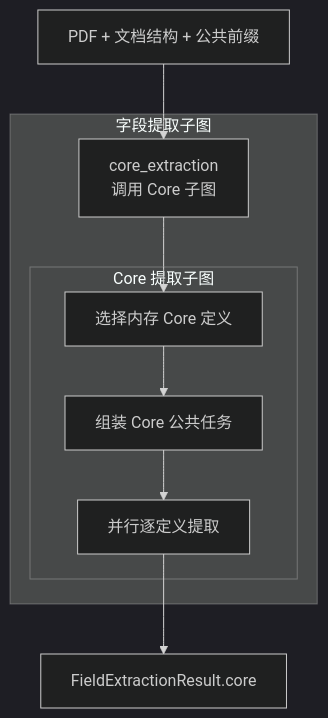
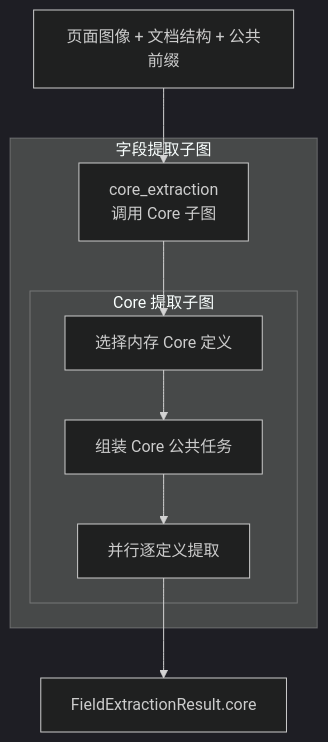
The diagram in description/architecture/workflow/contract-extraction/field-extraction.md (caicai-6666/contract-service-be), drawn with Mermaid (dark theme) before and after one commit. The commit also changed other lines of this file and 79 other files, not shown here.

````diff
--- a/description/architecture/workflow/contract-extraction/field-extraction.md
+++ b/description/architecture/workflow/contract-extraction/field-extraction.md
@@ -11,20 +11,20 @@
 ```mermaid
 flowchart TD
-    input["PDF + 文档结构 + 公共前缀"]
+    input["页面图像 + 文档结构 + 公共前缀"]
 
     subgraph field_extraction["字段提取子图"]
         core_entry["core_extraction<br/>调用 Core 子图"]
 
         subgraph core["Core 提取子图"]
             select_core["选择内存 Core 定义"]
             assemble_core["组装 Core 公共任务"]
             extract_core["并行逐定义提取"]
             select_core --> assemble_core --> extract_core
         end
 
         core_entry --> select_core
     end
 
     input --> core_entry
     extract_core --> output["FieldExtractionResult.core"]
 ```
````
